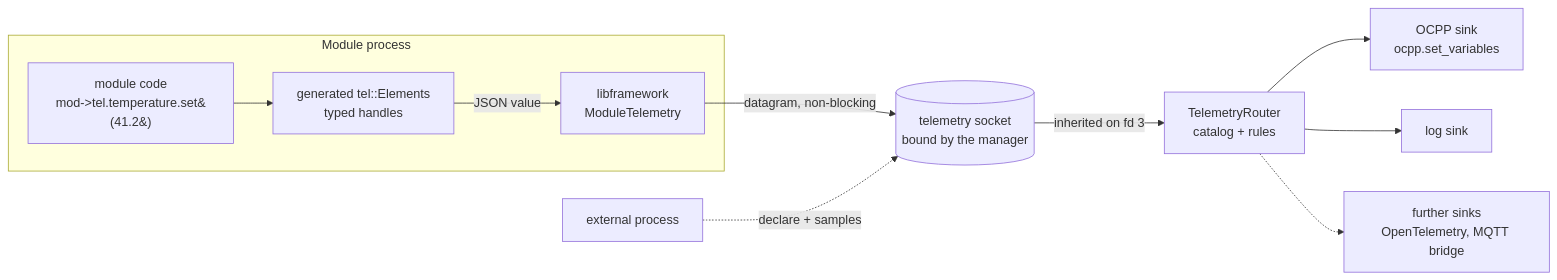
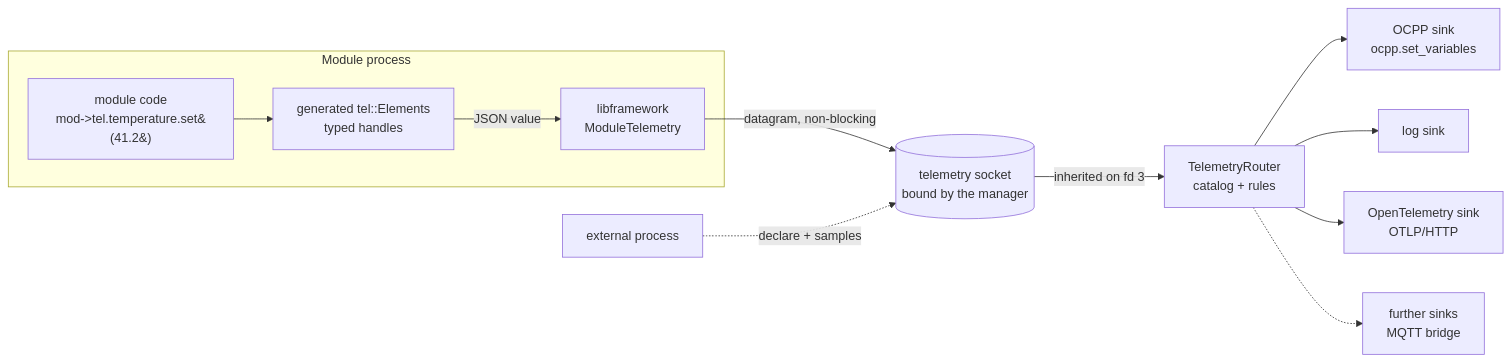
The diagram in lib/everest/framework/docs/Telemetry.md (EVerest/EVerest), drawn with Mermaid before and after one commit. The commit also changed other lines of this file and 8 other files, not shown here.

First line of the commit message:
feat(TelemetryRouter): add OpenTelemetry sink

````diff
--- a/lib/everest/framework/docs/Telemetry.md
+++ b/lib/everest/framework/docs/Telemetry.md
@@ -16,13 +16,14 @@
 ```mermaid
 flowchart LR
     subgraph producer[Module process]
         M[module code<br/>mod->tel.temperature.set&#40;41.2&#41;] --> H[generated tel::Elements<br/>typed handles]
         H -->|JSON value| F[libframework<br/>ModuleTelemetry]
     end
     F -->|datagram, non-blocking| S[(telemetry socket<br/>bound by the manager)]
     S -->|inherited on fd 3| R[TelemetryRouter<br/>catalog + rules]
     R --> O[OCPP sink<br/>ocpp.set_variables]
     R --> L[log sink]
-    R -.-> X[further sinks<br/>OpenTelemetry, MQTT bridge]
+    R --> T[OpenTelemetry sink<br/>OTLP/HTTP]
+    R -.-> X[further sinks<br/>MQTT bridge]
     E[external process] -.->|declare + samples| S
 ```
````
